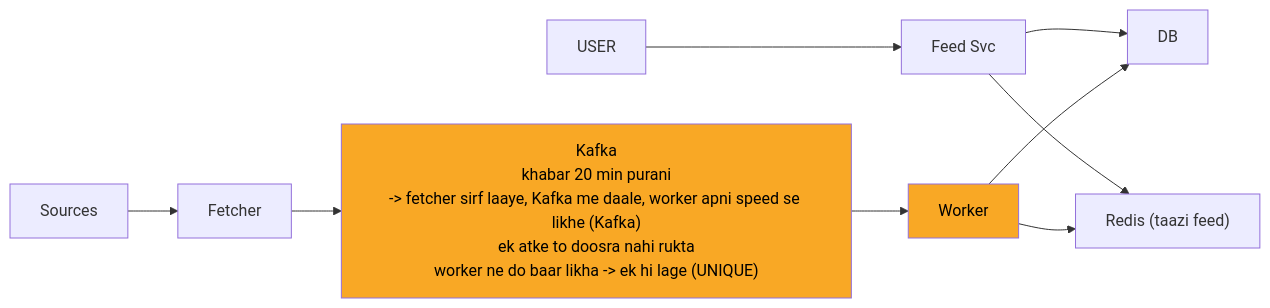
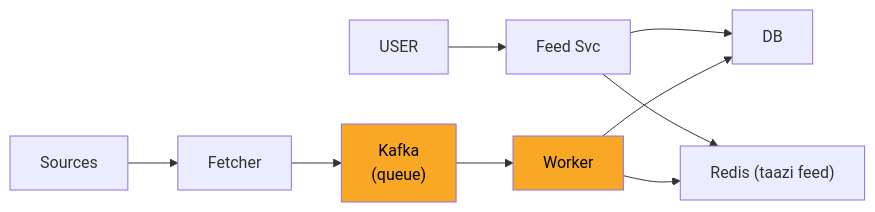
Before and after one commit to ArpanMaheshwari144/Prep: the diagram in 04_HLD/SYSTEM_DESIGNS/08_news_aggregator/img/c2.mmd, drawn with Mermaid. The commit also changed 36 other files, not shown here.

```diff
--- a/04_HLD/SYSTEM_DESIGNS/08_news_aggregator/img/c2.mmd
+++ b/04_HLD/SYSTEM_DESIGNS/08_news_aggregator/img/c2.mmd
@@ -1,20 +1,20 @@
 %%{init: {"flowchart": {"wrappingWidth": 450}}}%%
 flowchart LR
     n_USER["USER"]
     n_Feed_Svc["Feed Svc"]
     n_Redis["Redis (taazi feed)"]
     n_DB["DB"]
     n_Worker["Worker"]
-    n_Kafka["Kafka<br/>khabar 20 min purani<br/>-> fetcher sirf laaye, Kafka me daale, worker apni speed se likhe (Kafka)<br/>ek atke to doosra nahi rukta<br/>worker ne do baar likha -> ek hi lage (UNIQUE)"]
+    n_Kafka["Kafka<br/>(queue)"]
     n_Fetcher["Fetcher"]
     n_Sources["Sources"]
     n_USER --> n_Feed_Svc
     n_Feed_Svc --> n_Redis
     n_Feed_Svc --> n_DB
     n_Worker --> n_DB
     n_Worker --> n_Redis
     n_Kafka --> n_Worker
     n_Fetcher --> n_Kafka
     n_Sources --> n_Fetcher
     style n_Kafka fill:#f9a825,color:#000
     style n_Worker fill:#f9a825,color:#000
```
